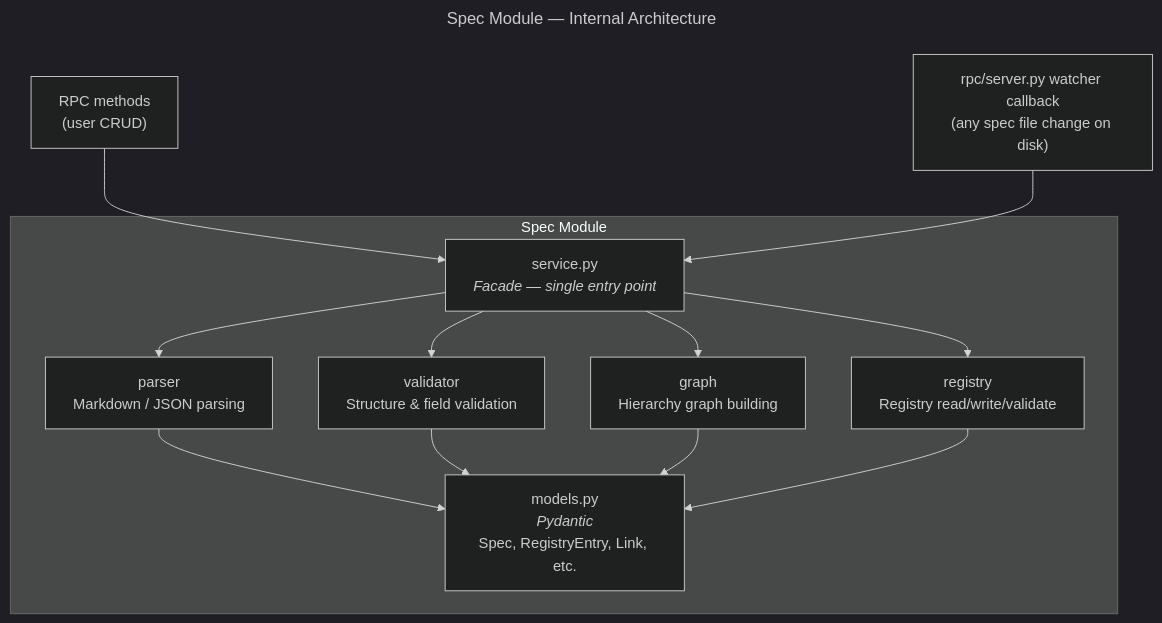
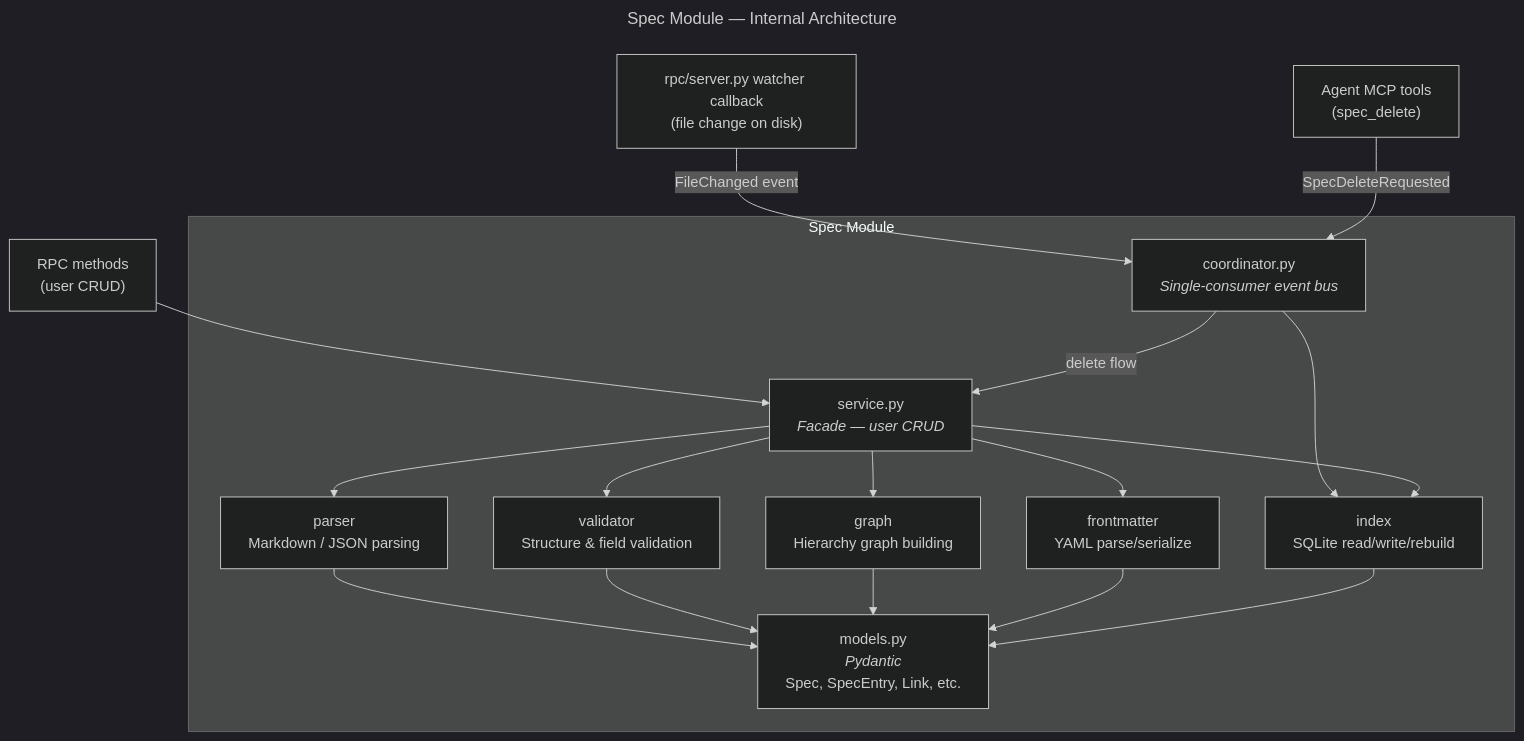
The diagram in backend/app/spec/README.md (JetBrains/thinkrail), drawn with Mermaid (dark theme) before and after one commit. The commit also changed other lines of this file and 188 other files, not shown here.

First line of the commit message:
docs: add YAML frontmatter to specs, update design docs and READMEs

````diff
--- a/backend/app/spec/README.md
+++ b/backend/app/spec/README.md
@@ -29,25 +44,32 @@
 ```mermaid
 ---
 title: Spec Module — Internal Architecture
 ---
 graph TD
     RPC["RPC methods<br/>(user CRUD)"]
-    Watcher["rpc/server.py watcher callback<br/>(any spec file change on disk)"]
+    Watcher["rpc/server.py watcher callback<br/>(file change on disk)"]
+    AgentTools["Agent MCP tools<br/>(spec_delete)"]
 
     RPC --> Service
-    Watcher --> Service
+    Watcher -->|"FileChanged event"| Coordinator
+    AgentTools -->|"SpecDeleteRequested"| Coordinator
 
     subgraph SpecModule["Spec Module"]
-        Service["service.py<br/><i>Facade — single entry point</i>"]
+        Service["service.py<br/><i>Facade — user CRUD</i>"]
+        Coordinator["coordinator.py<br/><i>Single-consumer event bus</i>"]
+        Coordinator --> Index
+        Coordinator -->|"delete flow"| Service
         Service --> Parser["parser<br/>Markdown / JSON parsing"]
         Service --> Validator["validator<br/>Structure & field validation"]
         Service --> Graph["graph<br/>Hierarchy graph building"]
-        Service --> Registry["registry<br/>Registry read/write/validate"]
+        Service --> Frontmatter["frontmatter<br/>YAML parse/serialize"]
+        Service --> Index["index<br/>SQLite read/write/rebuild"]
 
-        Models["models.py<br/><i>Pydantic</i><br/>Spec, RegistryEntry, Link, etc."]
+        Models["models.py<br/><i>Pydantic</i><br/>Spec, SpecEntry, Link, etc."]
         Parser --> Models
         Validator --> Models
         Graph --> Models
-        Registry --> Models
+        Frontmatter --> Models
+        Index --> Models
     end
 ```
````
